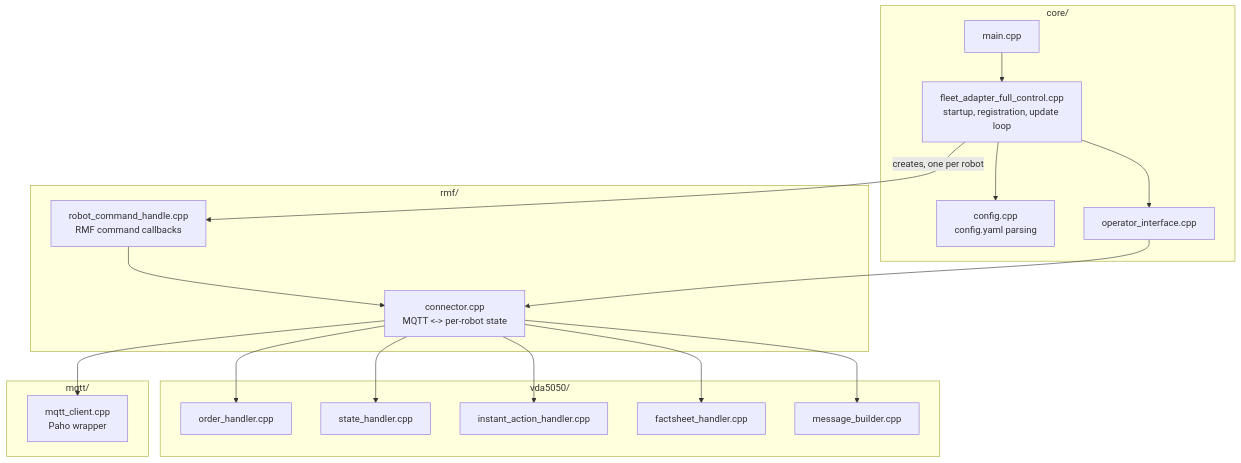
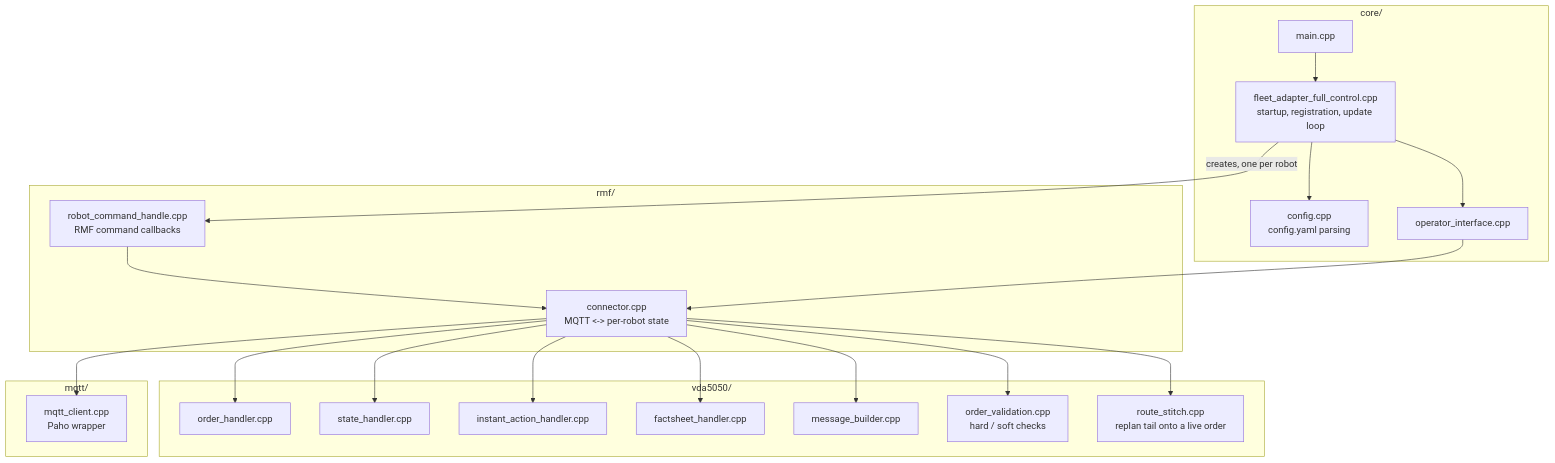
Before and after one commit to NhatTran-97/eiu-vda5050-support-open-rmf: the second of 4 diagrams in vda5050_fleet_adapter_full_control/docs/architecture.md, drawn with Mermaid. The commit also changed other lines of this file and 21 other files, not shown here.

````diff
--- a/vda5050_fleet_adapter_full_control/docs/architecture.md
+++ b/vda5050_fleet_adapter_full_control/docs/architecture.md
@@ -49,31 +49,33 @@
 ```mermaid
 flowchart TB
     subgraph core ["core/"]
         main["main.cpp"]
         fa["fleet_adapter_full_control.cpp\nstartup, registration, update loop"]
         cfg["config.cpp\nconfig.yaml parsing"]
         opi["operator_interface.cpp"]
     end
     subgraph rmf_ ["rmf/"]
         conn["connector.cpp\nMQTT <-> per-robot state"]
         rch["robot_command_handle.cpp\nRMF command callbacks"]
     end
     subgraph vda_ ["vda5050/"]
         oh["order_handler.cpp"]
         sh["state_handler.cpp"]
         iah["instant_action_handler.cpp"]
         fsh["factsheet_handler.cpp"]
         mb["message_builder.cpp"]
+        ov["order_validation.cpp\nhard / soft checks"]
+        rs["route_stitch.cpp\nreplan tail onto a live order"]
     end
     subgraph mqtt_ ["mqtt/"]
         mc["mqtt_client.cpp\nPaho wrapper"]
     end
 
     main --> fa
     fa --> cfg & opi
     fa -->|creates, one per robot| rch
     rch --> conn
     opi --> conn
     conn --> mc
-    conn --> oh & sh & iah & fsh & mb
+    conn --> oh & sh & iah & fsh & mb & ov & rs
 ```
````
